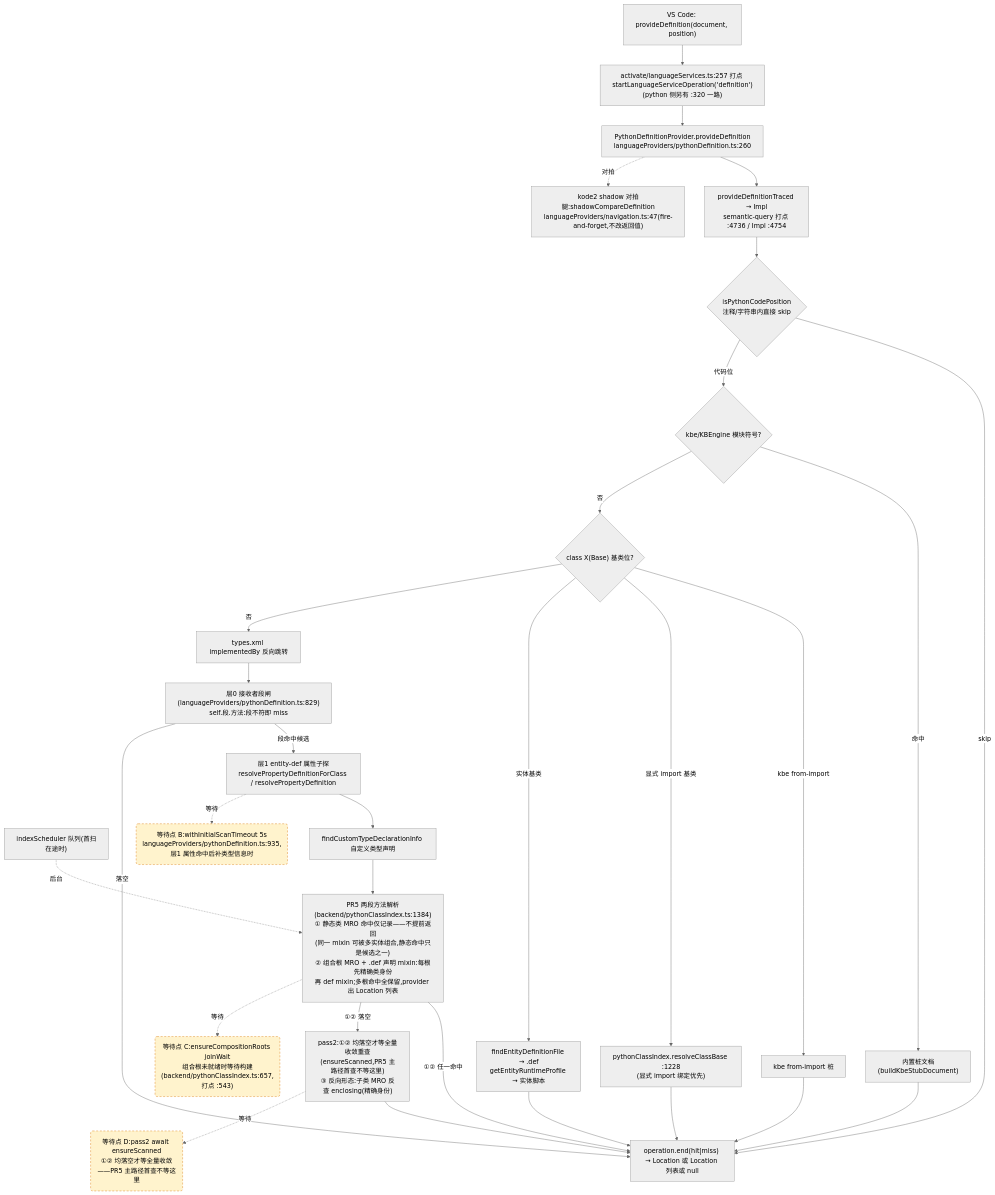
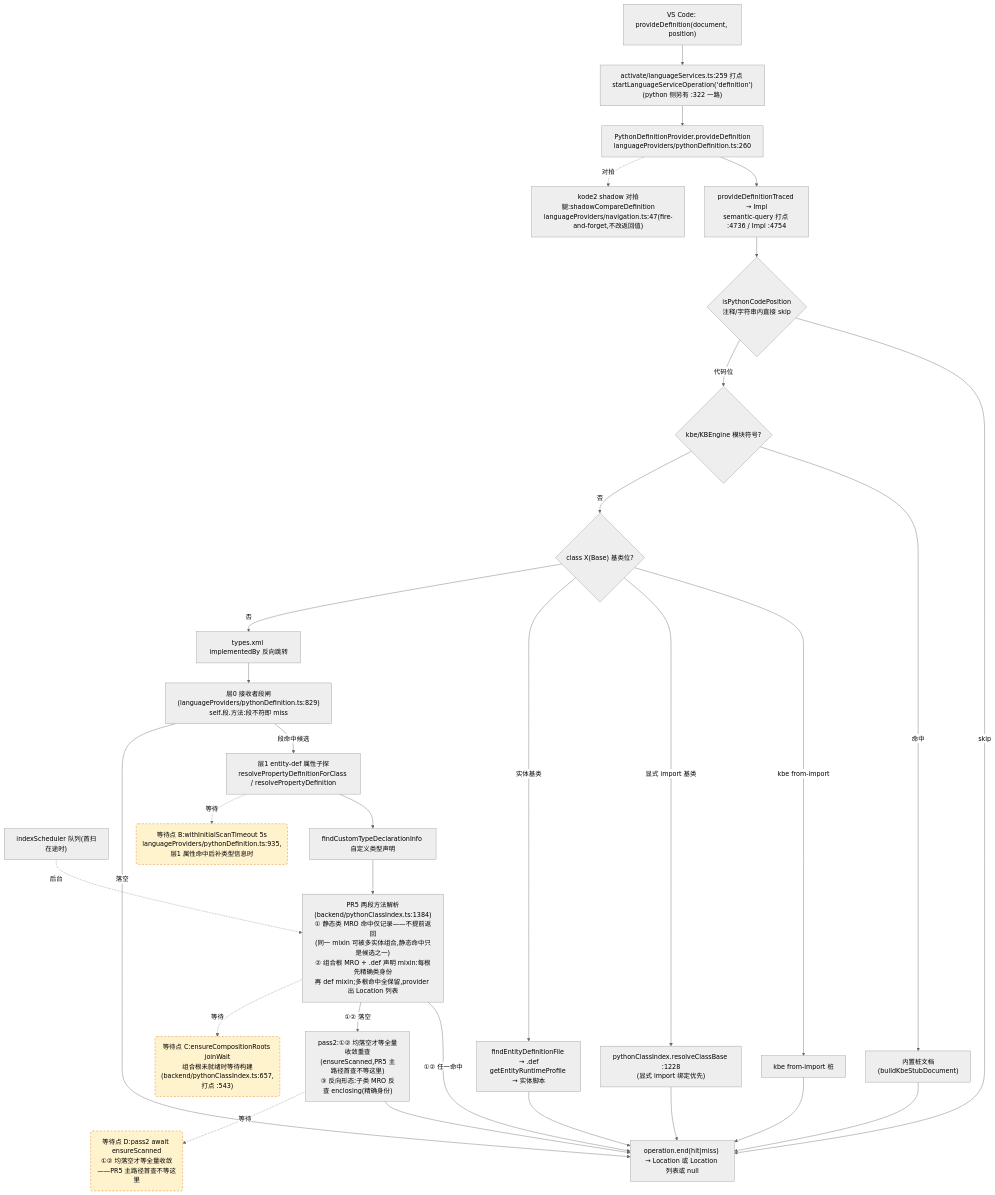
One commit to cuihairu/kode changed the second of 4 diagrams in docs/perf/2026-baseline.md. Above: the diagram before and after it, drawn with Mermaid (neutral theme). The commit also changed other lines of this file and 19 other files, not shown here.

````diff
--- a/docs/perf/2026-baseline.md
+++ b/docs/perf/2026-baseline.md
@@ -135,51 +135,51 @@
 ```mermaid
 flowchart TD
   VC2["VS Code: provideDefinition(document, position)"]
-  M2["activate/languageServices.ts:257 打点 startLanguageServiceOperation('definition')<br/>(python 侧另有 :320 一路)"]
+  M2["activate/languageServices.ts:259 打点 startLanguageServiceOperation('definition')<br/>(python 侧另有 :322 一路)"]
   AD2["PythonDefinitionProvider.provideDefinition<br/>languageProviders/pythonDefinition.ts:260"]
   TR["provideDefinitionTraced → Impl<br/>semantic-query 打点 :4736 / Impl :4754"]
   CTX{"isPythonCodePosition<br/>注释/字符串内直接 skip"}
   KBE{"kbe/KBEngine 模块符号?"}
   STUB["内置桩文档(buildKbeStubDocument)"]
   CB{"class X(Base) 基类位?"}
   CB1["kbe from-import 桩"]
   CB2["pythonClassIndex.resolveClassBase :1228<br/>(显式 import 绑定优先)"]
   CB3["findEntityDefinitionFile → .def<br/>getEntityRuntimeProfile → 实体脚本"]
   REV["types.xml implementedBy 反向跳转"]
   L0["层0 接收者段闸(languageProviders/pythonDefinition.ts:829)<br/>self.段.方法:段不符即 miss"]
   L1["层1 entity-def 属性子探<br/>resolvePropertyDefinitionForClass / resolvePropertyDefinition"]
   SCAN["indexScheduler 队列(首扫在途时)"]
   TY["findCustomTypeDeclarationInfo 自定义类型声明"]
   MRO["PR5 两段方法解析(backend/pythonClassIndex.ts:1384)<br/>① 静态类 MRO 命中仅记录——不提前返回<br/>(同一 mixin 可被多实体组合,静态命中只是候选之一)<br/>② 组合根 MRO + .def 声明 mixin:每根先精确类身份<br/>再 def mixin;多根命中全保留,provider 出 Location 列表"]
   PASS2["pass2:①② 均落空才等全量收敛重查<br/>(ensureScanned,PR5 主路径首查不等这里)<br/>③ 反向形态:子类 MRO 反查 enclosing(精确身份)"]
   SHD["kode2 shadow 对拍腿:shadowCompareDefinition<br/>languageProviders/navigation.ts:47(fire-and-forget,不改返回值)"]
   END2["operation.end(hit|miss) → Location 或 Location 列表或 null"]
 
   VC2 --> M2 --> AD2 --> TR --> CTX
   CTX -- "skip" --> END2
   CTX -- "代码位" --> KBE
   KBE -- "命中" --> STUB --> END2
   KBE -- "否" --> CB
   CB -- "kbe from-import" --> CB1 --> END2
   CB -- "显式 import 基类" --> CB2 --> END2
   CB -- "实体基类" --> CB3 --> END2
   CB -- "否" --> REV --> L0
   L0 -- "段命中候选" --> L1
   L0 -- "落空" --> END2
   L1 --> TY
   TY --> MRO
   MRO -- "①② 任一命中" --> END2
   MRO -- "①② 落空" --> PASS2 --> END2
   AD2 -.->|对拍| SHD
 
   WAITB("等待点 B:withInitialScanTimeout 5s<br/>languageProviders/pythonDefinition.ts:935,层1 属性命中后补类型信息时")
   WAITC("等待点 C:ensureCompositionRoots joinWait<br/>组合根未就绪时等待构建(backend/pythonClassIndex.ts:657,打点 :543)")
   WAITD("等待点 D:pass2 await ensureScanned<br/>①② 均落空才等全量收敛——PR5 主路径首查不等这里")
   L1 -.->|等待| WAITB
   MRO -.->|等待| WAITC
   PASS2 -.->|等待| WAITD
   SCAN -.->|后台| MRO
 
   classDef waitPoint fill:#fff3cd,stroke:#d97706,stroke-dasharray:5 4;
   class WAITB,WAITC,WAITD waitPoint;
 ```
````
